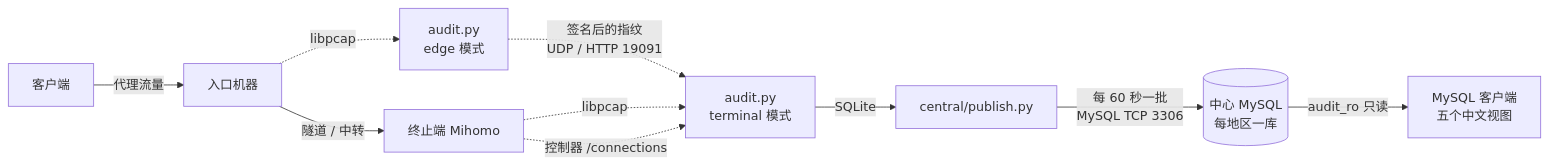
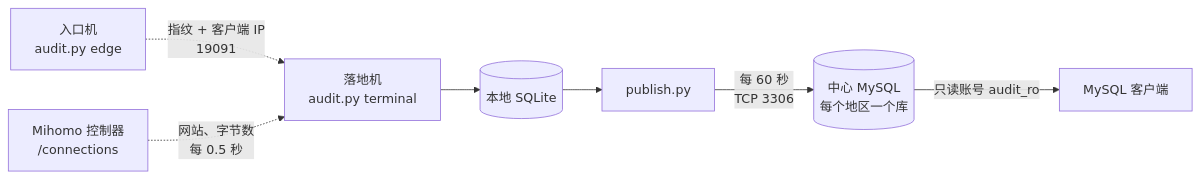
One commit to ryoo2001/yuuyan-s-vps-Audit changed the second of 2 diagrams in README.md. Above: the diagram before and after it, drawn with Mermaid. The commit also changed other lines of this file and 8 other files, not shown here.

````diff
--- a/README.md
+++ b/README.md
@@ -9,12 +35,9 @@
 ```mermaid
 flowchart LR
-    C[客户端] -->|代理流量| E[入口机器]
-    E -->|隧道 / 中转| T[终止端 Mihomo]
-    E -. libpcap .-> EA[audit.py<br/>edge 模式]
-    EA -. 签名后的指纹<br/>UDP / HTTP 19091 .-> A
-    T -. libpcap .-> A[audit.py<br/>terminal 模式]
-    T -. 控制器 /connections .-> A
-    A -->|SQLite| P[central/publish.py]
-    P -->|每 60 秒一批<br/>MySQL TCP 3306| M[(中心 MySQL<br/>每地区一库)]
-    M -->|audit_ro 只读| Q[MySQL 客户端<br/>五个中文视图]
+    E["入口机<br/>audit.py edge"] -. "指纹 + 客户端 IP<br/>19091" .-> A["落地机<br/>audit.py terminal"]
+    M["Mihomo 控制器<br/>/connections"] -. "网站、字节数<br/>每 0.5 秒" .-> A
+    A --> S[("本地 SQLite")]
+    S --> P["publish.py"]
+    P -->|"每 60 秒<br/>TCP 3306"| DB[("中心 MySQL<br/>每个地区一个库")]
+    DB -->|"只读账号 audit_ro"| Q["MySQL 客户端"]
 ```
````
